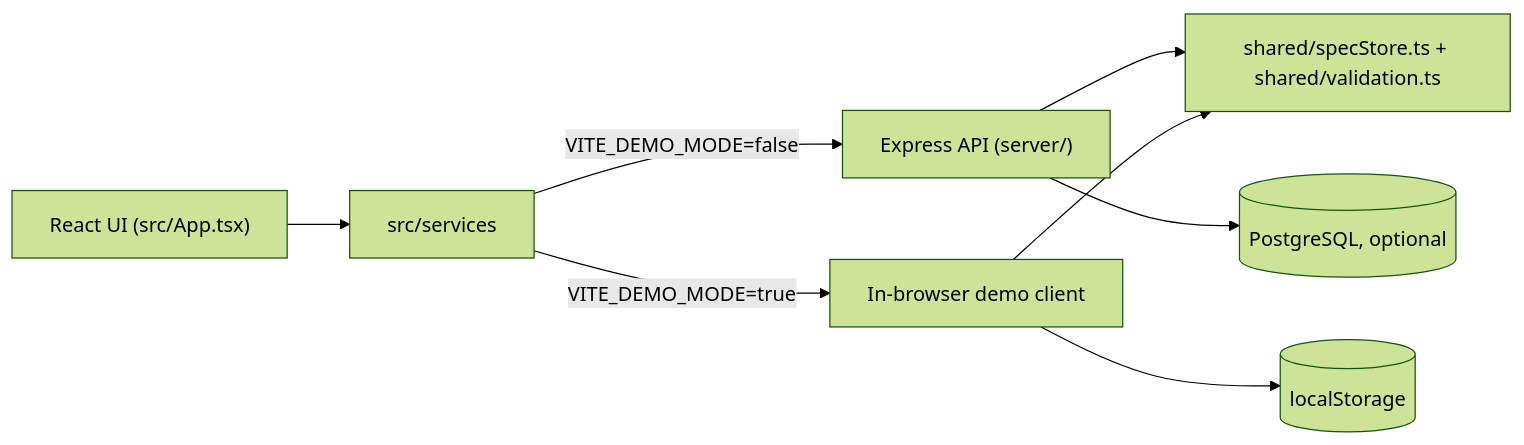
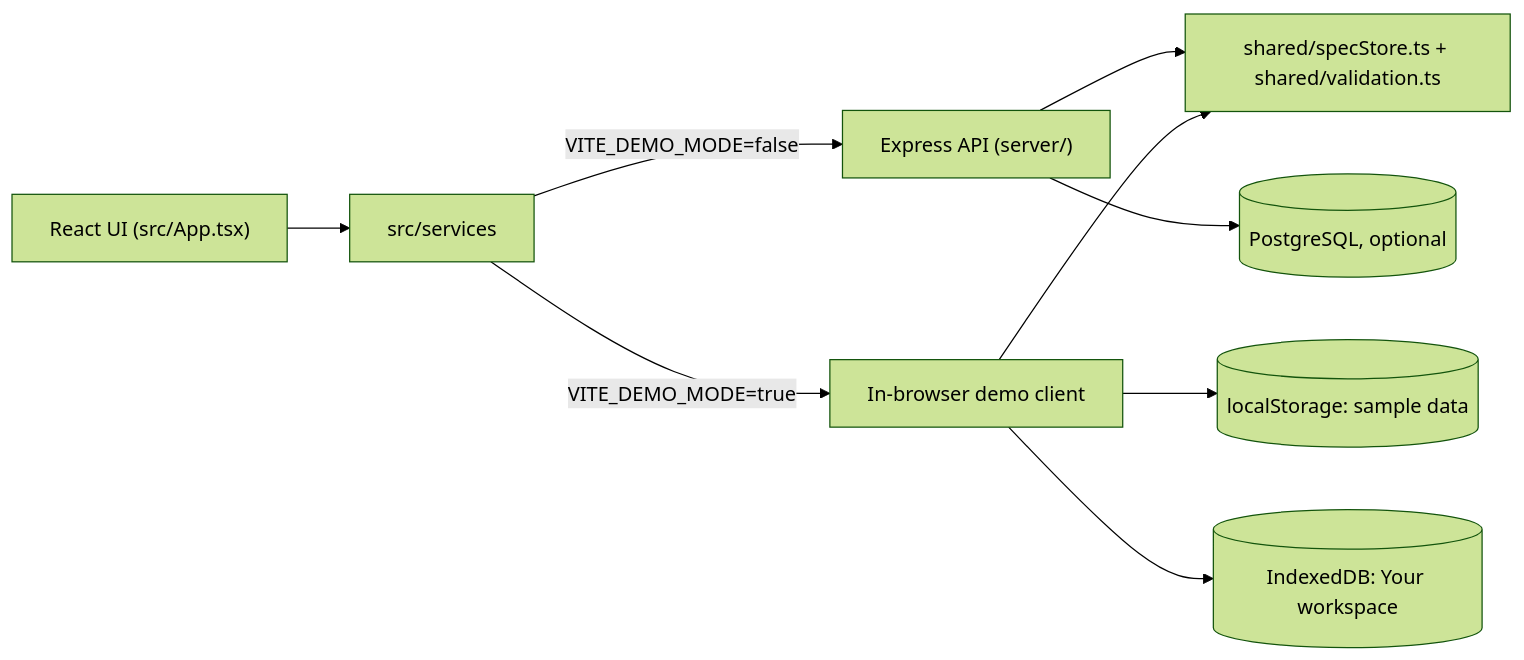
Before and after one commit to Taan1el/specship: the diagram in README.md, drawn with Mermaid (forest theme). The commit also changed other lines of this file and 2 other files, not shown here.

Commit message:
Document the local-first workflow and Markdown spec format

````diff
--- a/README.md
+++ b/README.md
@@ -98,10 +168,11 @@
 ```mermaid
 flowchart LR
     UI["React UI (src/App.tsx)"] --> Services["src/services"]
     Services -->|VITE_DEMO_MODE=false| API["Express API (server/)"]
     Services -->|VITE_DEMO_MODE=true| Demo["In-browser demo client"]
     API --> Shared["shared/specStore.ts + shared/validation.ts"]
     Demo --> Shared
     API --> PG[(PostgreSQL, optional)]
-    Demo --> LS[(localStorage)]
+    Demo --> LS[(localStorage: sample data)]
+    Demo --> IDB[(IndexedDB: Your workspace)]
 ```
````
